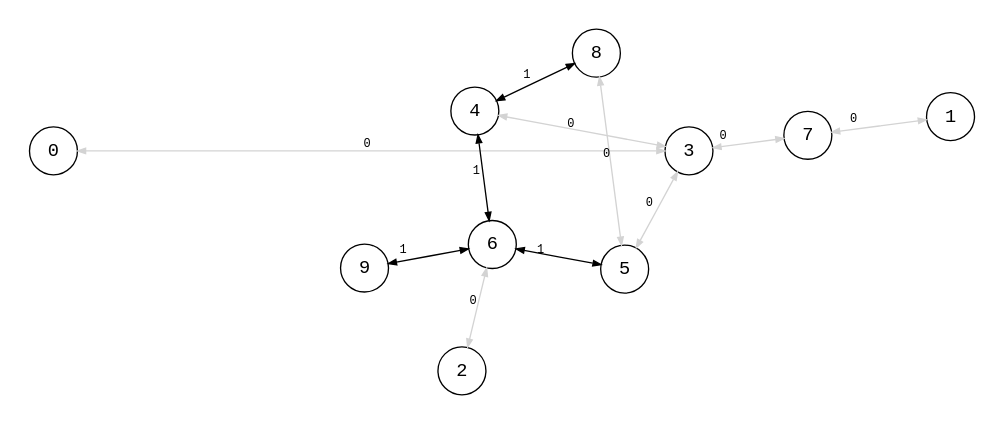
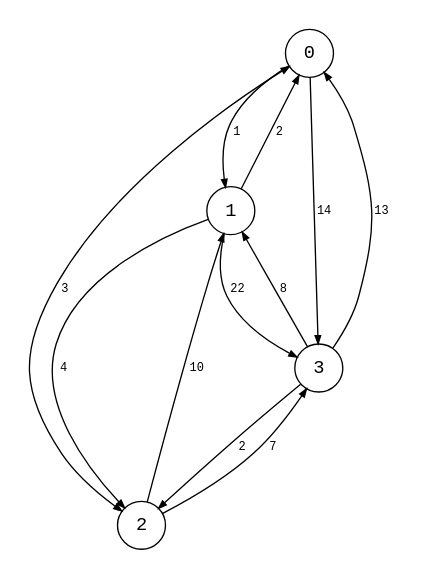
The diagram in src/kattis_crosscountry.dot (bsdrks/graaf-images), drawn with Graphviz before and after one commit. The commit also changed 9 other files, not shown here.

```diff
--- a/src/kattis_crosscountry.dot
+++ b/src/kattis_crosscountry.dot
@@ -1,19 +1,20 @@
 digraph {
     node [shape=circle, fontname="monospace"];
     edge [arrowsize=0.6, fontname="monospace", fontsize=9];
-    layout=circo;
-    normalize=true;
+    scale=1.5;
     pad=0.2;
+    ranksep=1.0;
+    nodesep=0.6;
 
-    0 -> {3} [dir=both, label="0", color=lightgray];
-    1 -> {7} [dir=both, label="0   ", color=lightgray];
-    2 -> {6} [dir=both, label="0", color=lightgray];
-    3 -> {5} [dir=both, label=" 0", color=lightgray];
-    3 -> {4} [dir=both, label="  0 ", color=lightgray];
-    3 -> {7} [dir=both, label="0   ", color=lightgray];
-    4 -> {6} [dir=both, label="1 "];
-    4 -> {8} [dir=both, label="                       1 "];
-    5 -> {6} [dir=both, label="1  "];
-    5 -> {8} [dir=both, label="0", color=lightgray];
-    6 -> {9} [dir=both, label="1   "];
+    0 -> {1} [label=" 1"];
+    0 -> {2} [label=" 3", dir=both];
+    0 -> {3} [label=" 14"];
+    1 -> {0} [label=" 2"];
+    1 -> {2} [label=" 4"];
+    1 -> {3} [label=" 22"];
+    2 -> {1} [label="10"];
+    2 -> {3} [label=" 7"];
+    3 -> {0} [label=" 13"];
+    3 -> {1} [label=" 8"];
+    3 -> {2} [label=" 2"];
 }
```
